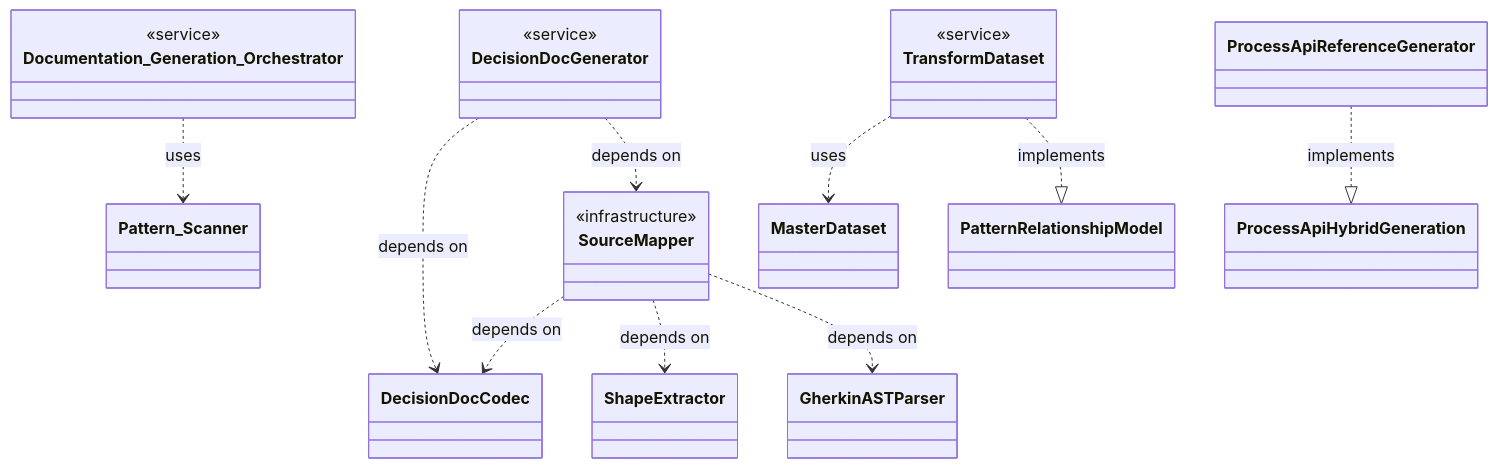
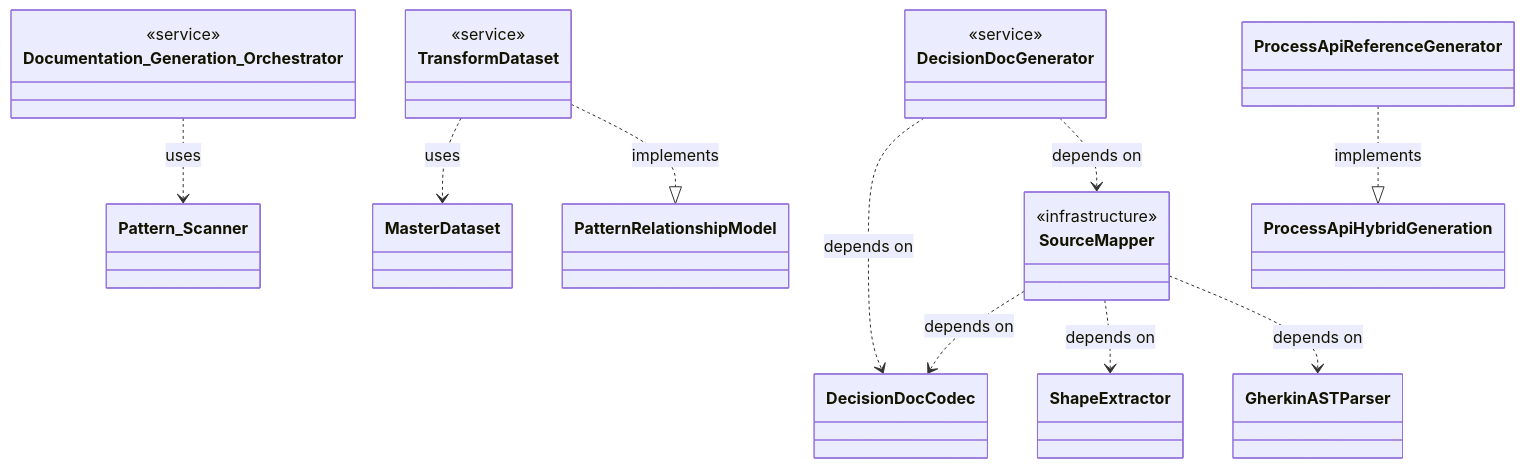
One commit to libar-dev/architect changed the third of 6 diagrams in docs-live/reference/REFERENCE-SAMPLE.md. Above: the diagram before and after it, drawn with Mermaid. The commit also changed other lines of this file and 30 other files, not shown here.

````diff
--- a/docs-live/reference/REFERENCE-SAMPLE.md
+++ b/docs-live/reference/REFERENCE-SAMPLE.md
@@ -244,33 +243,33 @@
 ```mermaid
 classDiagram
     class SourceMapper {
         <<infrastructure>>
     }
     class Documentation_Generation_Orchestrator {
         <<service>>
     }
+    class TransformDataset {
+        <<service>>
+    }
     class ProcessApiReferenceGenerator {
     }
     class DecisionDocGenerator {
-        <<service>>
-    }
-    class TransformDataset {
         <<service>>
     }
     class MasterDataset
     class Pattern_Scanner
     class GherkinASTParser
     class ShapeExtractor
     class DecisionDocCodec
     class ProcessApiHybridGeneration
     class PatternRelationshipModel
     SourceMapper ..> DecisionDocCodec : depends on
     SourceMapper ..> ShapeExtractor : depends on
     SourceMapper ..> GherkinASTParser : depends on
     Documentation_Generation_Orchestrator ..> Pattern_Scanner : uses
+    TransformDataset ..> MasterDataset : uses
+    TransformDataset ..|> PatternRelationshipModel : implements
     ProcessApiReferenceGenerator ..|> ProcessApiHybridGeneration : implements
     DecisionDocGenerator ..> DecisionDocCodec : depends on
     DecisionDocGenerator ..> SourceMapper : depends on
-    TransformDataset ..> MasterDataset : uses
-    TransformDataset ..|> PatternRelationshipModel : implements
 ```
````
